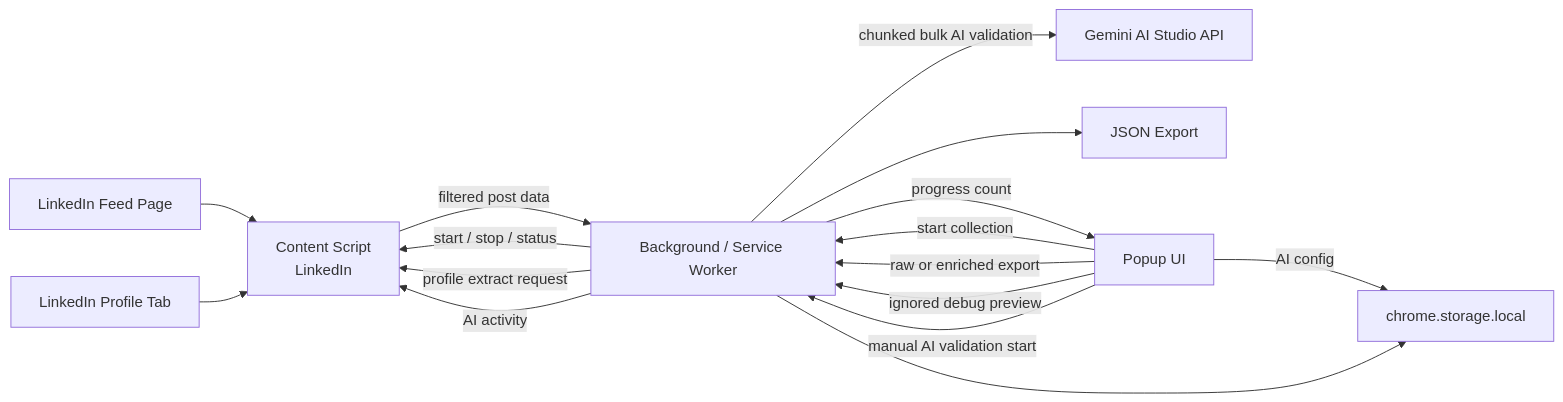
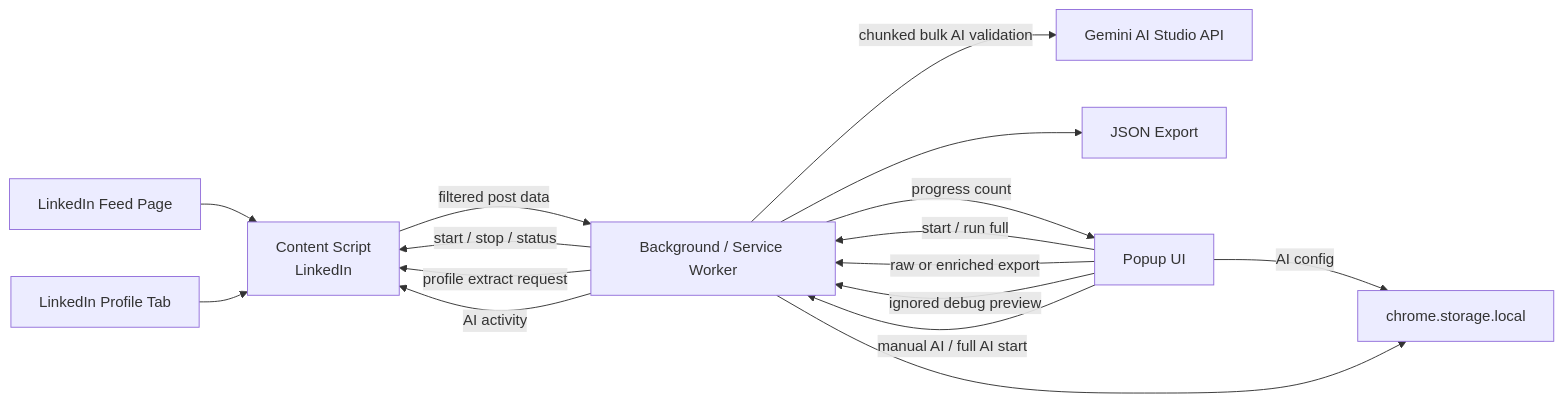
The diagram in docs/diagrams/extension-architecture.md (h-4vok/linkedin-post-gatherer), drawn with Mermaid before and after one commit. The commit also changed 10 other files, not shown here.

Commit message:
Issue #42 -- adding run full button

````diff
--- a/docs/diagrams/extension-architecture.md
+++ b/docs/diagrams/extension-architecture.md
@@ -3,27 +3,27 @@
 ```mermaid
 flowchart LR
     LI[LinkedIn Feed Page]
     LP[LinkedIn Profile Tab]
     CS[Content Script<br/>LinkedIn]
     BG[Background / Service Worker]
     ST[chrome.storage.local]
     GS[Gemini AI Studio API]
     EX[JSON Export]
     UI[Popup UI]
 
     LI --> CS
     LP --> CS
-    UI -->|start collection| BG
+    UI -->|start / run full| BG
     UI -->|AI config| ST
     BG -->|start / stop / status| CS
     CS -->|filtered post data| BG
     UI -->|raw or enriched export| BG
     UI -->|ignored debug preview| BG
     BG -->|profile extract request| CS
-    UI -->|manual AI validation start| BG
+    UI -->|manual AI / full AI start| BG
     BG -->|chunked bulk AI validation| GS
     BG --> ST
     BG -->|progress count| UI
     BG -->|AI activity| CS
     BG --> EX
 ```
````
